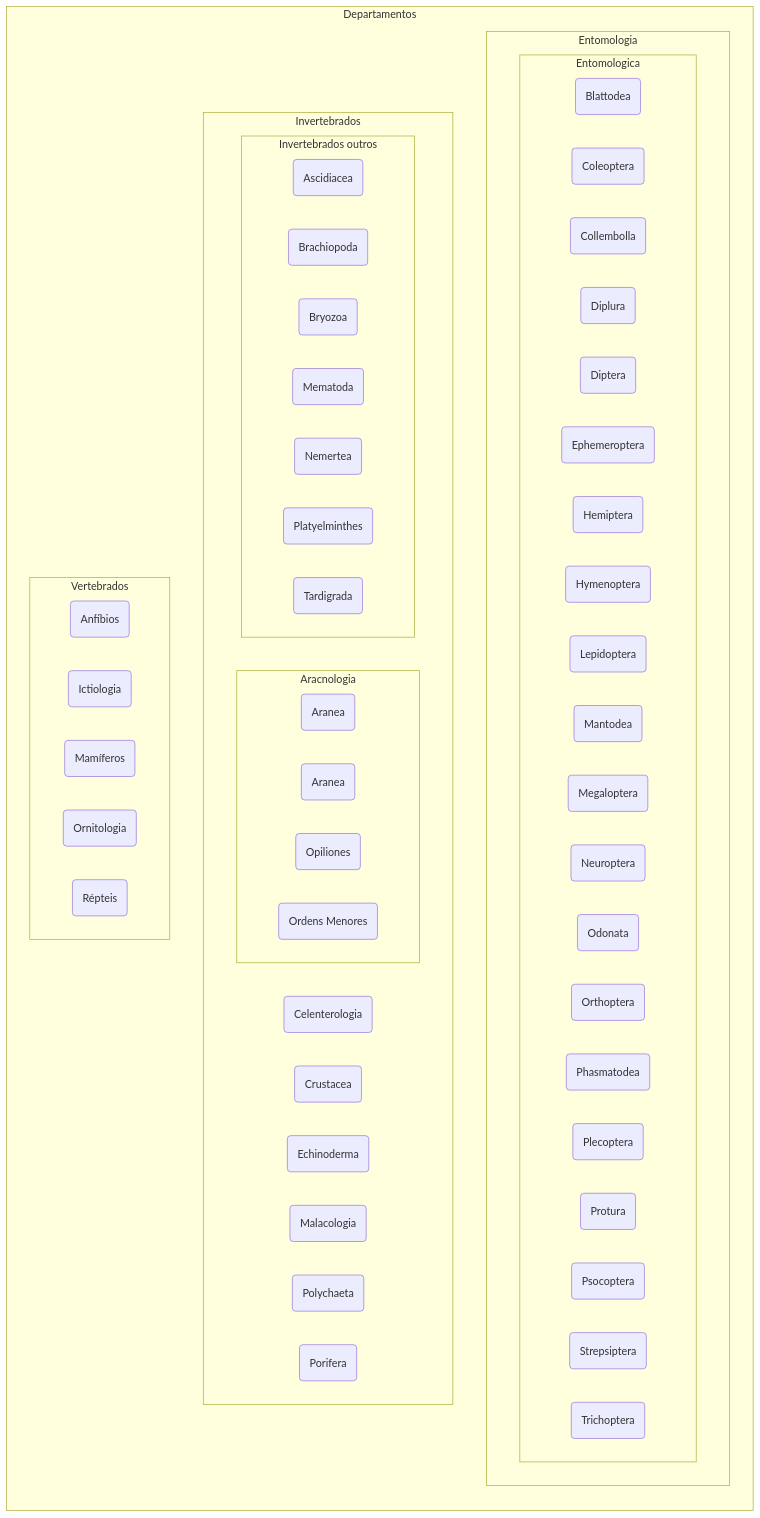
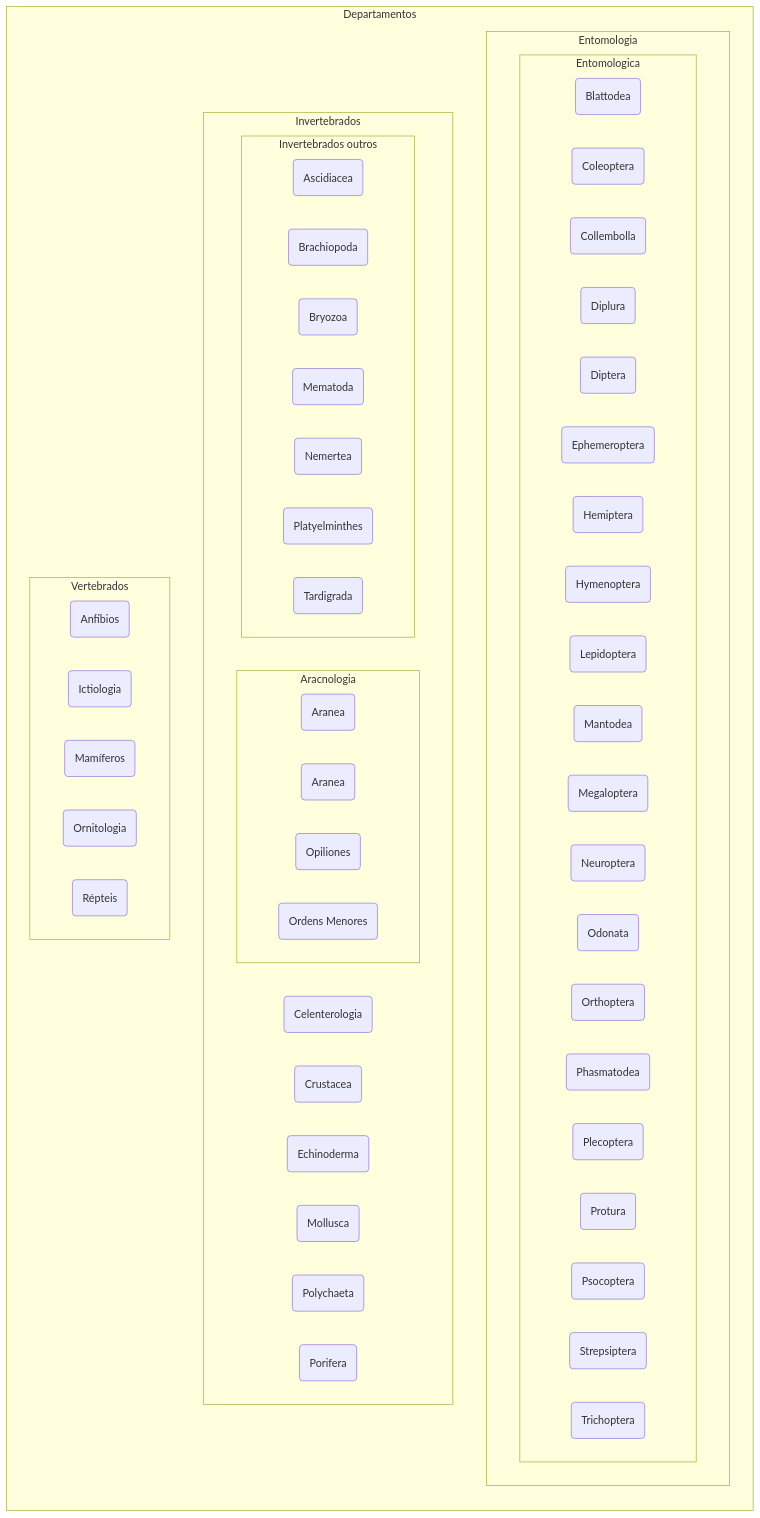
Before and after one commit to MuseuNacional/SpecifyBR: the diagram in organizacaoInstitucional/museuNacional/README.md, drawn with Mermaid.

````diff
--- a/organizacaoInstitucional/museuNacional/README.md
+++ b/organizacaoInstitucional/museuNacional/README.md
@@ -3,67 +3,71 @@
 ```mermaid
 flowchart TB
   subgraph Departamentos
       direction TB    
       subgraph Entomologia
       direction LR
         subgraph Entomologica
         direction LR
           c2(Blattodea)
           c3(Coleoptera)
           c4(Collembolla)
           c5(Diplura)
           c6(Diptera)
           c7(Ephemeroptera)
           c8(Hemiptera)
           c9(Hymenoptera)
           c10(Lepidoptera)
           c11(Mantodea)
           c12(Megaloptera)
           c13(Neuroptera)
           c14(Odonata)
           c15(Orthoptera)
           c16(Phasmatodea)
           c17(Plecoptera)
           c18(Protura)
           c19(Psocoptera)
           c20(Strepsiptera)
           c21(Trichoptera)
         end
       end
       subgraph Invertebrados
       direction LR
         c34(Celenterologia)
         c35(Crustacea)
         click c35 href "https://github.com/edalcin/SpecifyBR/blob/main/organizacaoInstitucional/museuNacional/crustaceae.md"
         c36(Echinoderma)
-        c37(Malacologia)    
+        click c36 href "https://github.com/edalcin/SpecifyBR/blob/main/organizacaoInstitucional/museuNacional/echinoderma.md"
+        c37(Mollusca)
+        click c37 href "https://github.com/edalcin/SpecifyBR/blob/main/organizacaoInstitucional/museuNacional/mollusca.md"
         c38(Polychaeta)
+        click c38 href "https://github.com/edalcin/SpecifyBR/blob/main/organizacaoInstitucional/museuNacional/polychaeta.md"
         c39(Porifera)
+        click c39 href "https://github.com/edalcin/SpecifyBR/blob/main/organizacaoInstitucional/museuNacional/porifera.md"
         subgraph Aracnologia
         direction LR   
           c23(Aranea)
           c24(Aranea)
           c25(Opiliones)
           c26(Ordens Menores)
         end
         subgraph Invertebrados outros
         direction LR   
           c27(Ascidiacea)
           c28(Brachiopoda)
           c29(Bryozoa)
           c30(Mematoda)
           c31(Nemertea)
           c32(Platyelminthes)
           c33(Tardigrada)
         end
       end
       subgraph Vertebrados
       direction LR   
         c40(Anfíbios)
         c41(Ictiologia)
         c42(Mamíferos)
         c43(Ornitologia)
         c44(Répteis)
       end
 end
 ```
````
